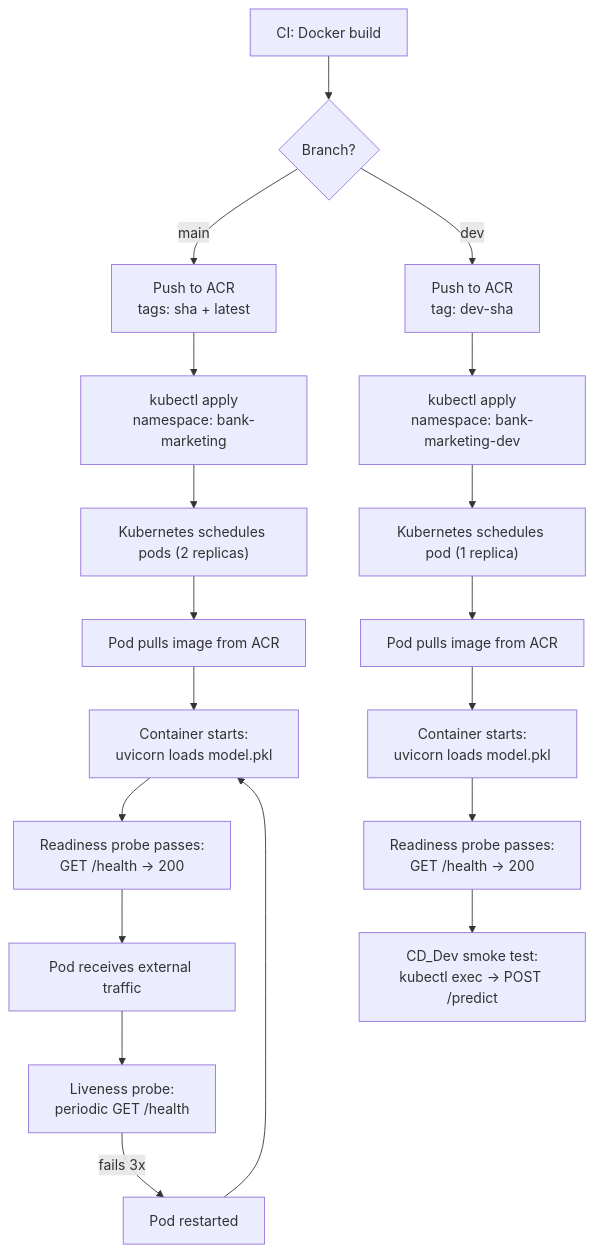
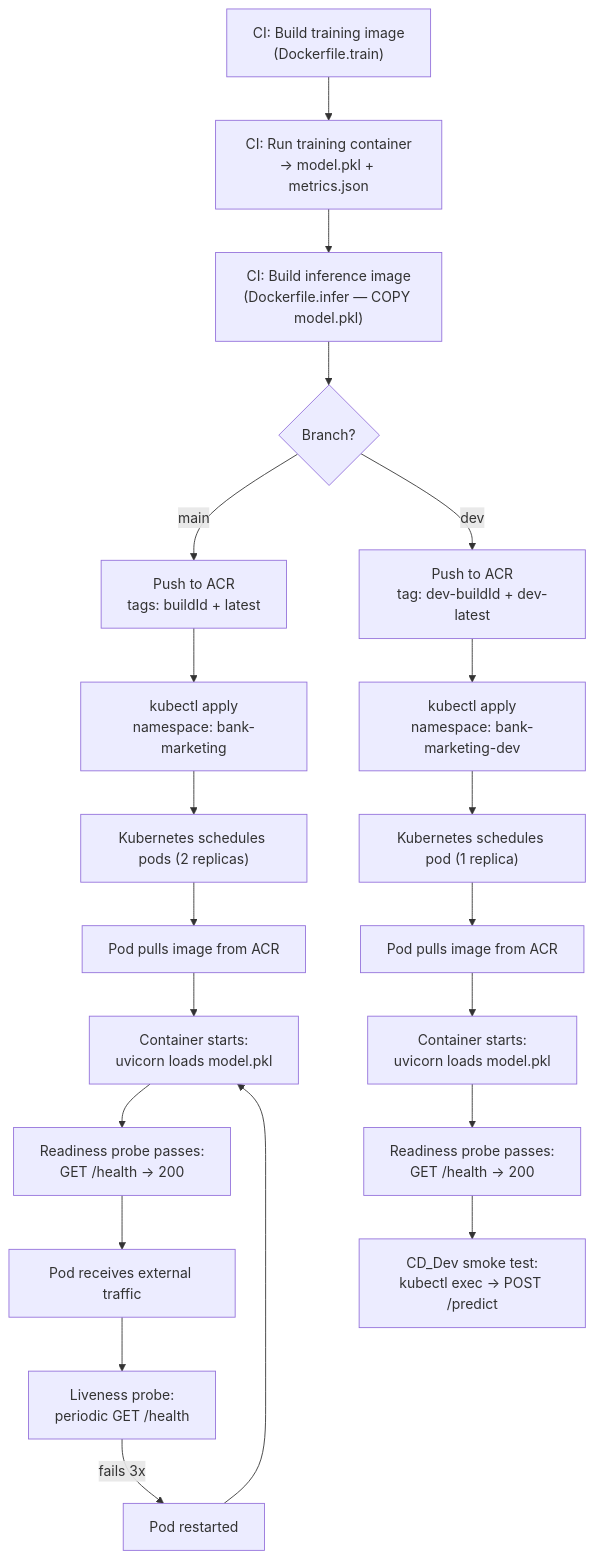
Before and after one commit to Annemarie-Bester/marketing-model-mlops-azure: the third of 3 diagrams in docs/deployment.md, drawn with Mermaid. The commit also changed other lines of this file and 16 other files, not shown here.

````diff
--- a/docs/deployment.md
+++ b/docs/deployment.md
@@ -274,28 +276,34 @@
 ```mermaid
 flowchart TD
-    BUILD["CI: Docker build"] --> PUSH_Q{"Branch?"}
-    PUSH_Q -->|"main"| PUSH_PROD["Push to ACR<br/>tags: sha + latest"]
-    PUSH_Q -->|"dev"| PUSH_DEV["Push to ACR<br/>tag: dev-sha"]
+    TRAIN_BUILD["CI: Build training image\n(Dockerfile.train)"]
+    TRAIN_RUN["CI: Run training container\n→ model.pkl + metrics.json"]
+    INFER_BUILD["CI: Build inference image\n(Dockerfile.infer — COPY model.pkl)"]
+
+    TRAIN_BUILD --> TRAIN_RUN --> INFER_BUILD
+
+    INFER_BUILD --> PUSH_Q{"Branch?"}
+    PUSH_Q -->|"main"| PUSH_PROD["Push to ACR\ntags: buildId + latest"]
+    PUSH_Q -->|"dev"| PUSH_DEV["Push to ACR\ntag: dev-buildId + dev-latest"]
 
     PUSH_PROD --> DEPLOY_PROD["kubectl apply<br/>namespace: bank-marketing"]
     PUSH_DEV --> DEPLOY_DEV["kubectl apply<br/>namespace: bank-marketing-dev"]
 
     DEPLOY_PROD --> SCHEDULE_PROD["Kubernetes schedules pods (2 replicas)"]
     DEPLOY_DEV --> SCHEDULE_DEV["Kubernetes schedules pod (1 replica)"]
 
     SCHEDULE_PROD --> PULL_PROD["Pod pulls image from ACR"]
     SCHEDULE_DEV --> PULL_DEV["Pod pulls image from ACR"]
 
     PULL_PROD --> START_PROD["Container starts:<br/>uvicorn loads model.pkl"]
     PULL_DEV --> START_DEV["Container starts:<br/>uvicorn loads model.pkl"]
 
     START_PROD --> READY_PROD["Readiness probe passes:<br/>GET /health → 200"]
     START_DEV --> READY_DEV["Readiness probe passes:<br/>GET /health → 200"]
 
     READY_PROD --> LIVE["Pod receives external traffic"]
     READY_DEV --> SMOKE["CD_Dev smoke test:<br/>kubectl exec → POST /predict"]
 
     LIVE --> LIVENESS["Liveness probe:<br/>periodic GET /health"]
     LIVENESS -->|"fails 3x"| RESTART["Pod restarted"]
     RESTART --> START_PROD
 ```
````
